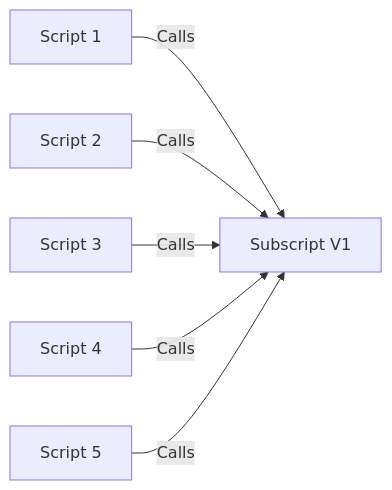
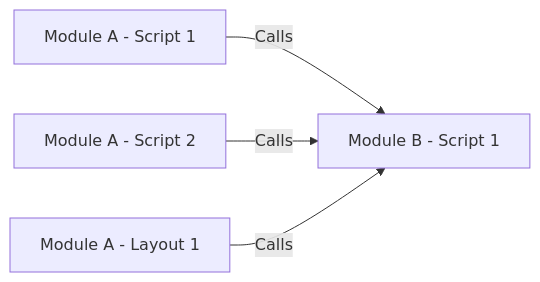
Before and after one commit to CloudChi/FX-Framework: the first of 2 diagrams in Dependencies.md, drawn with Mermaid. The commit also changed other lines of this file, not shown here.

````diff
--- a/Dependencies.md
+++ b/Dependencies.md
@@ -7,8 +7,6 @@
 ```mermaid
 graph LR
-A[Script 1] -- Calls --> F[Subscript V1] 
-B[Script 2] -- Calls --> F
-C[Script 3] -- Calls --> F
-D[Script 4] -- Calls --> F
-E[Script 5] -- Calls --> F
+A[Module A - Script 1] -- Calls --> F[Module B - Script 1] 
+B[Module A - Script 2] -- Calls --> F
+C[Module A - Layout 1] -- Calls --> F
 ```
````
